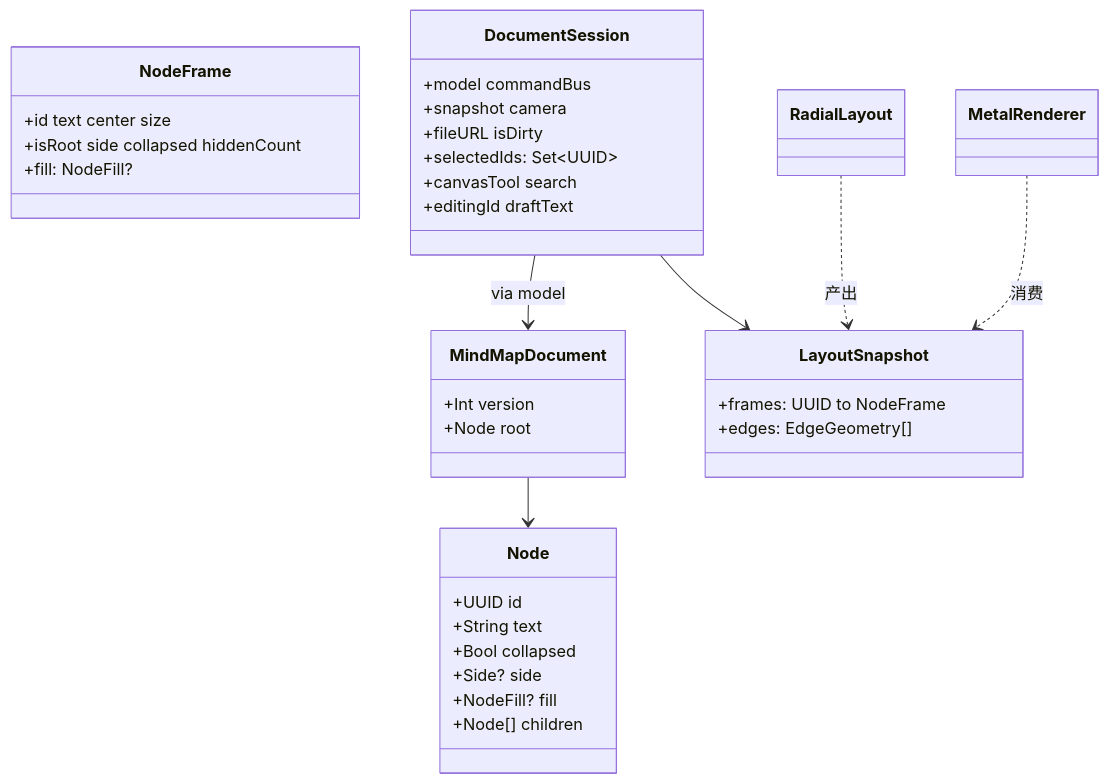
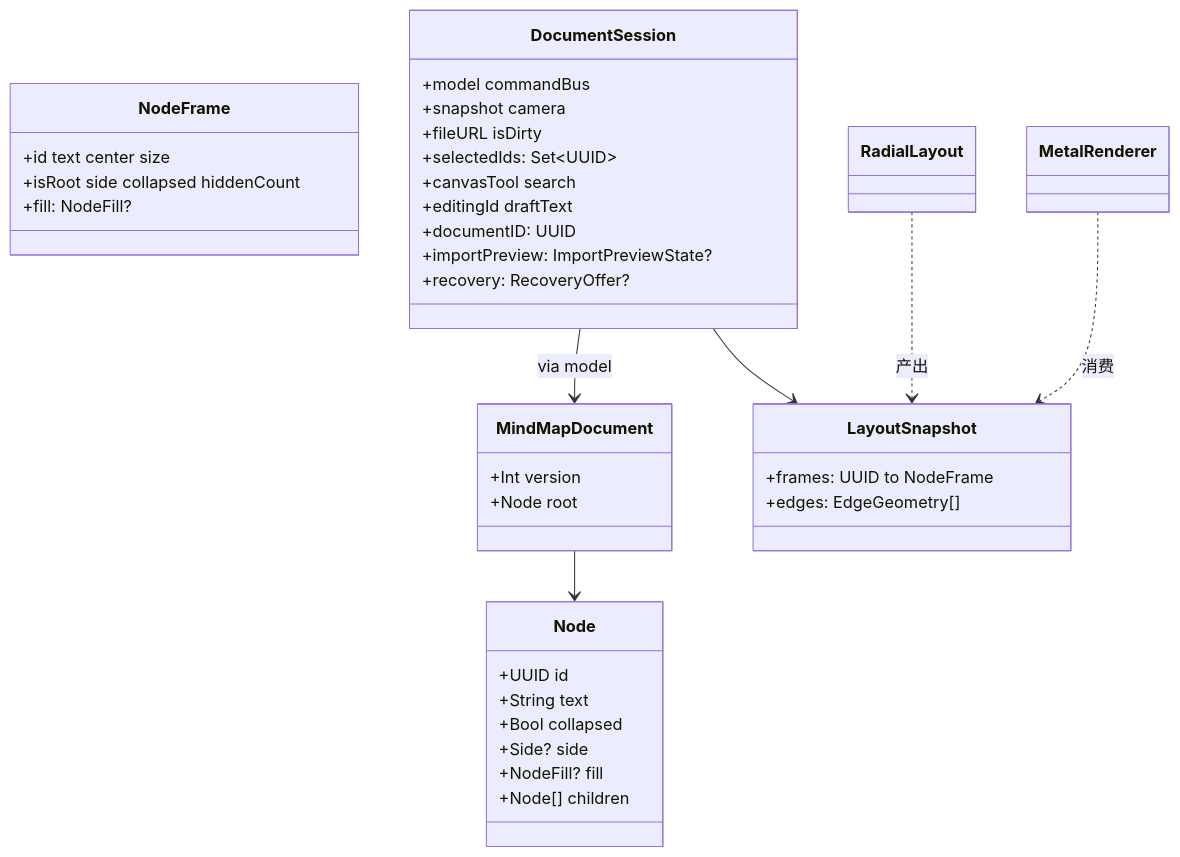
The third of 5 diagrams in docs/架构现状.md (LieonShelly/Linva), drawn with Mermaid before and after one commit. The commit also changed other lines of this file and 8 other files, not shown here.

````diff
--- a/docs/架构现状.md
+++ b/docs/架构现状.md
@@ -171,37 +185,40 @@
 ```mermaid
 classDiagram
   class MindMapDocument {
     +Int version
     +Node root
   }
   class Node {
     +UUID id
     +String text
     +Bool collapsed
     +Side? side
     +NodeFill? fill
     +Node[] children
   }
   class LayoutSnapshot {
     +frames: UUID to NodeFrame
     +edges: EdgeGeometry[]
   }
   class NodeFrame {
     +id text center size
     +isRoot side collapsed hiddenCount
     +fill: NodeFill?
   }
   class DocumentSession {
     +model commandBus
     +snapshot camera
     +fileURL isDirty
     +selectedIds: Set~UUID~
     +canvasTool search
     +editingId draftText
+    +documentID: UUID
+    +importPreview: ImportPreviewState?
+    +recovery: RecoveryOffer?
   }
   MindMapDocument --> Node
   DocumentSession --> MindMapDocument : via model
   DocumentSession --> LayoutSnapshot
   RadialLayout ..> LayoutSnapshot : 产出
   MetalRenderer ..> LayoutSnapshot : 消费
 ```
````
